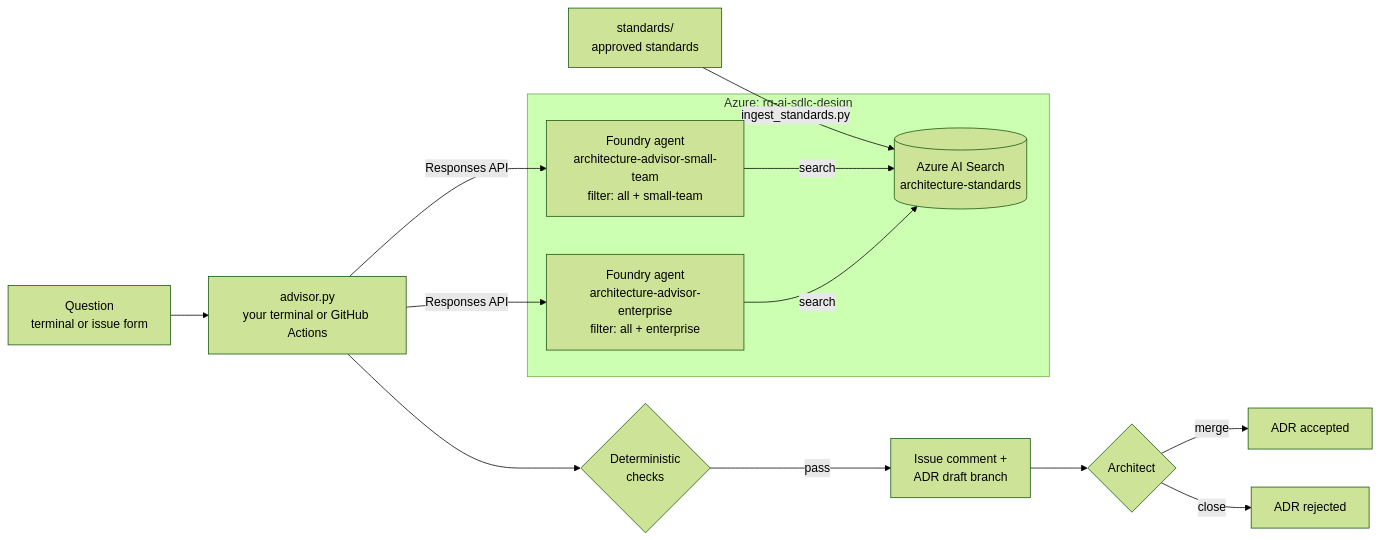
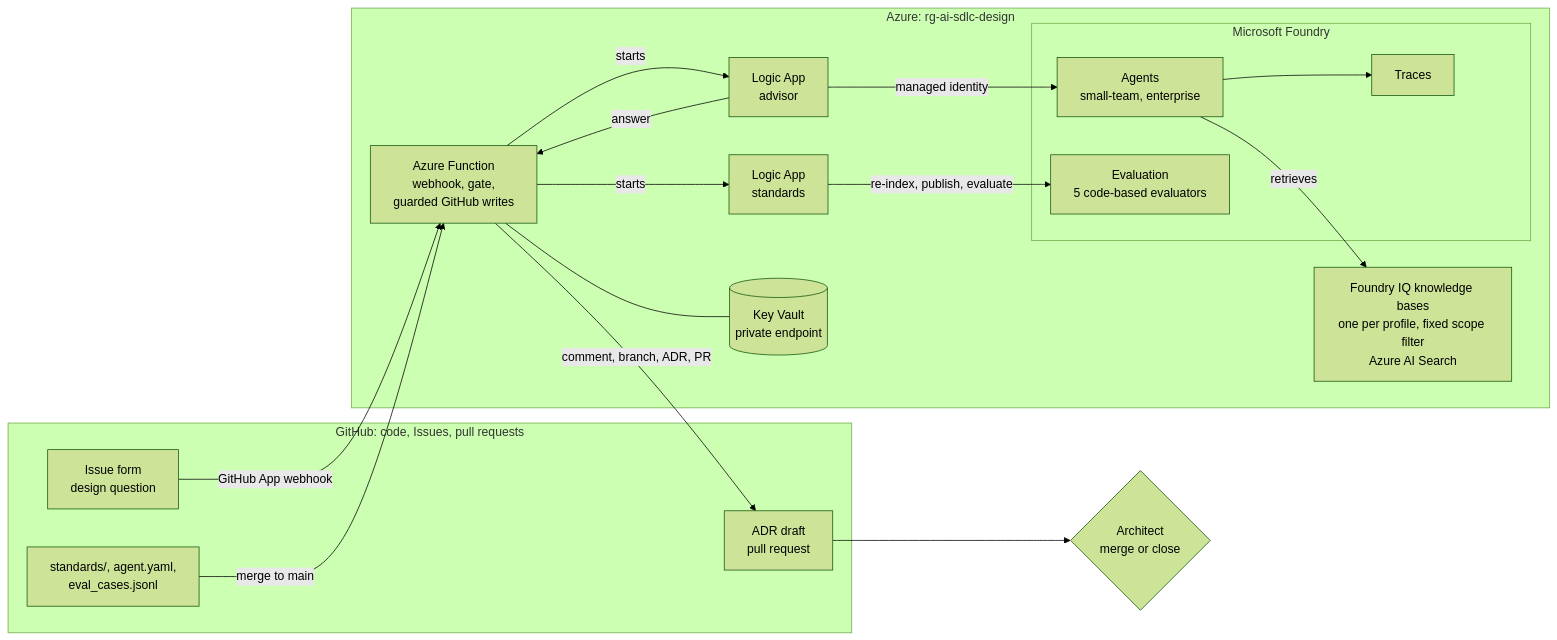
Before and after one commit to melabadi/adept-assessment-northstars: the diagram in solutions/02-design-microsoft/README.md, drawn with Mermaid (forest theme). The commit also changed other lines of this file and 67 other files, not shown here.

First line of the commit message:
02-design-microsoft: run the advisor and its orchestration in Azure

````diff
--- a/solutions/02-design-microsoft/README.md
+++ b/solutions/02-design-microsoft/README.md
@@ -21,19 +21,32 @@
 ```mermaid
 flowchart LR
-  STD[standards/<br/>approved standards] -->|ingest_standards.py| IDX
-  subgraph Azure["Azure: rg-ai-sdlc-design"]
-    IDX[(Azure AI Search<br/>architecture-standards)]
-    A1[Foundry agent<br/>architecture-advisor-small-team<br/>filter: all + small-team]
-    A2[Foundry agent<br/>architecture-advisor-enterprise<br/>filter: all + enterprise]
-    A1 -- search --> IDX
-    A2 -- search --> IDX
+  subgraph GH["GitHub: code, Issues, pull requests"]
+    Q[Issue form<br/>design question]
+    PR[ADR draft<br/>pull request]
+    S[standards/, agent.yaml,<br/>eval_cases.jsonl]
   end
-  Q[Question<br/>terminal or issue form] --> S[advisor.py<br/>your terminal or GitHub Actions]
-  S -->|Responses API| A1
-  S -->|Responses API| A2
-  S --> G{Deterministic<br/>checks}
-  G -->|pass| D[Issue comment +<br/>ADR draft branch]
-  D --> H{Architect}
-  H -->|merge| ACC[ADR accepted]
-  H -->|close| REJ[ADR rejected]
+  subgraph AZ["Azure: rg-ai-sdlc-design"]
+    F[Azure Function<br/>webhook, gate,<br/>guarded GitHub writes]
+    LA[Logic App<br/>advisor]
+    LS[Logic App<br/>standards]
+    subgraph FDY["Microsoft Foundry"]
+      A[Agents<br/>small-team, enterprise]
+      E[Evaluation<br/>5 code-based evaluators]
+      T[Traces]
+    end
+    KB[Foundry IQ knowledge bases<br/>one per profile, fixed scope filter<br/>Azure AI Search]
+    KV[(Key Vault<br/>private endpoint)]
+  end
+  Q -->|GitHub App webhook| F
+  F -->|starts| LA
+  LA -->|managed identity| A
+  A -->|retrieves| KB
+  LA -->|answer| F
+  F -->|comment, branch, ADR, PR| PR
+  S -->|merge to main| F
+  F -->|starts| LS
+  LS -->|re-index, publish, evaluate| E
+  A --> T
+  F --- KV
+  PR --> H{Architect<br/>merge or close}
 ```
````
